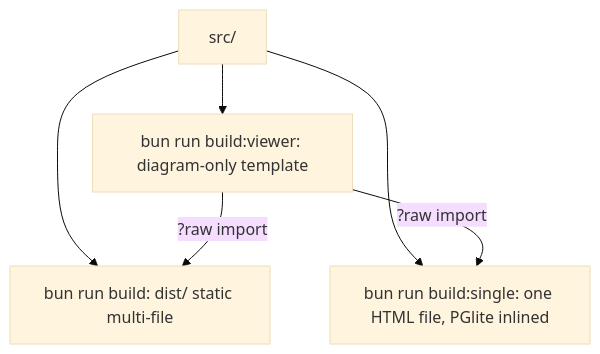
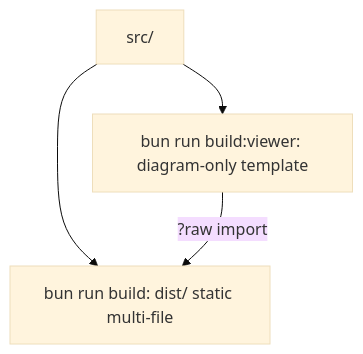
Before and after one commit to nickdeis/webmcp-pglite-erd-diagram: the second of 2 diagrams in DESIGN.md, drawn with Mermaid (base theme). The commit also changed other lines of this file and 8 other files, not shown here.

First line of the commit message:
Drop the single-file app build

````diff
--- a/DESIGN.md
+++ b/DESIGN.md
@@ -20,8 +20,6 @@
 ```mermaid
 flowchart TD
   Src[src/] --> Static[bun run build: dist/ static multi-file]
-  Src --> Single[bun run build:single: one HTML file, PGlite inlined]
   Src --> Viewer[bun run build:viewer: diagram-only template]
-  Viewer -->|?raw import| Single
   Viewer -->|?raw import| Static
 ```
````
